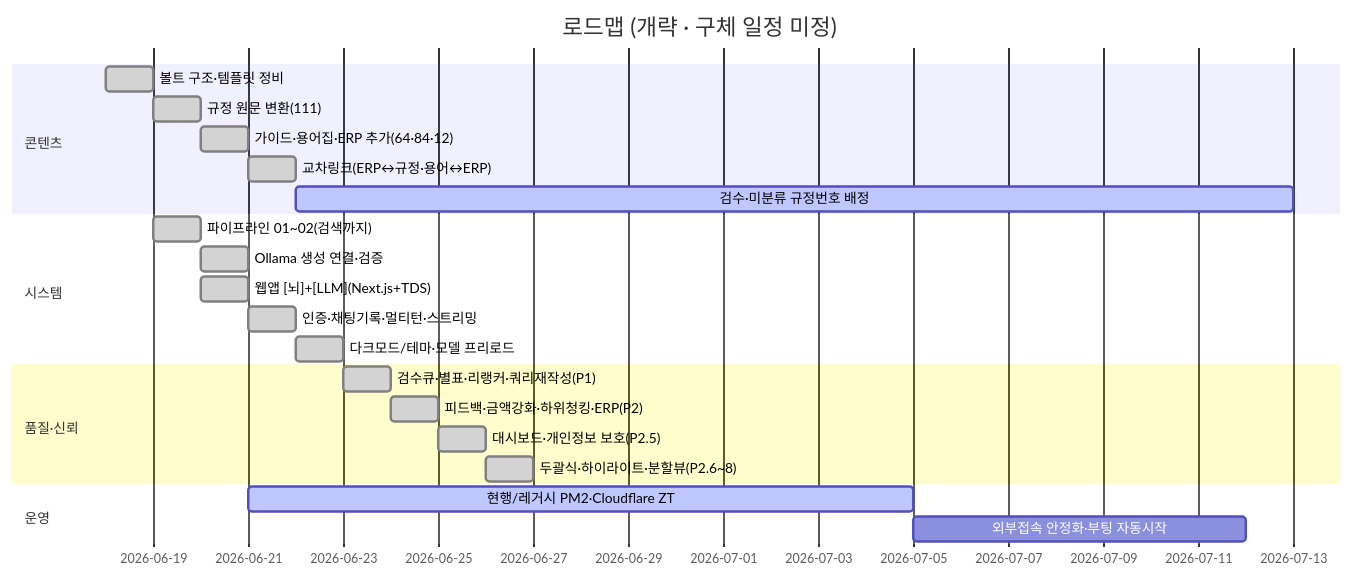
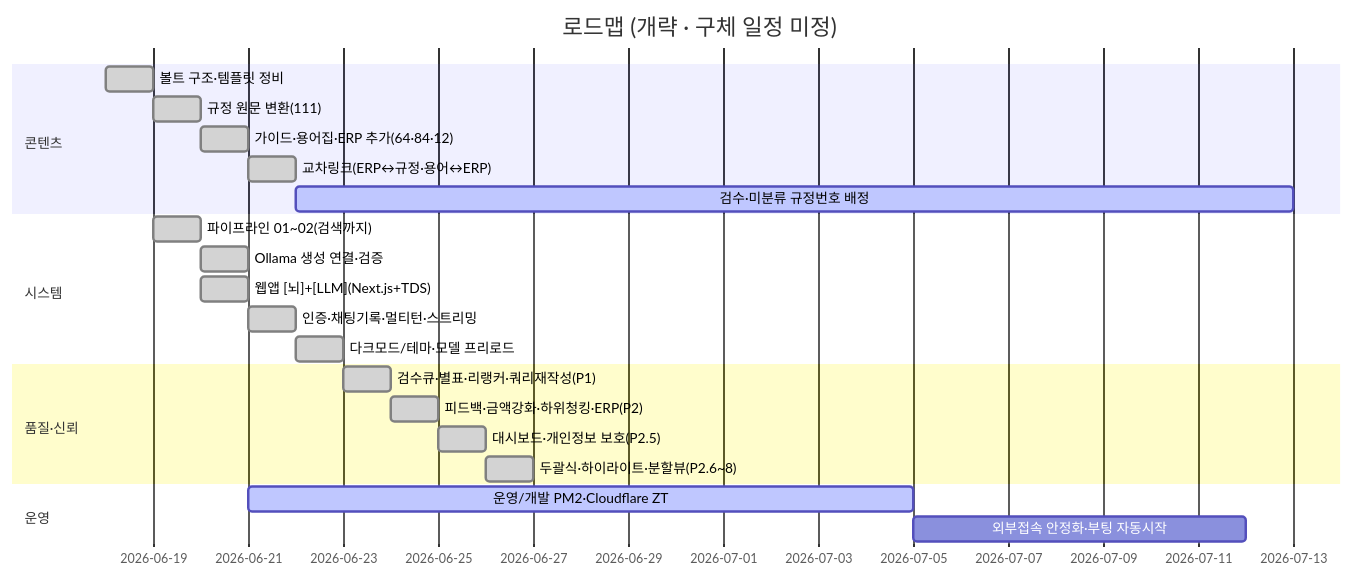
The third of 3 diagrams in README.md (mooner92/KEIAdminSuperv), drawn with Mermaid before and after one commit. The commit also changed other lines of this file and 17 other files, not shown here.

````diff
--- a/README.md
+++ b/README.md
@@ -417,25 +417,25 @@
 ```mermaid
 gantt
     title 로드맵 (개략 · 구체 일정 미정)
     dateFormat YYYY-MM-DD
     section 콘텐츠
     볼트 구조·템플릿 정비             :done, a1, 2026-06-18, 1d
     규정 원문 변환(111)               :done, a2, after a1, 1d
     가이드·용어집·ERP 추가(64·84·12)  :done, a3, after a2, 1d
     교차링크(ERP↔규정·용어↔ERP)       :done, a4, after a3, 1d
     검수·미분류 규정번호 배정         :active, a5, after a4, 21d
     section 시스템
     파이프라인 01~02(검색까지)        :done, b1, after a1, 1d
     Ollama 생성 연결·검증             :done, b2, after b1, 1d
     웹앱 [뇌]+[LLM](Next.js+TDS)      :done, b3, after b1, 1d
     인증·채팅기록·멀티턴·스트리밍     :done, b4, after b3, 1d
     다크모드/테마·모델 프리로드       :done, b5, after b4, 1d
     section 품질·신뢰
     검수큐·별표·리랭커·쿼리재작성(P1) :done, q1, after b5, 1d
     피드백·금액강화·하위청킹·ERP(P2)  :done, q2, after q1, 1d
     대시보드·개인정보 보호(P2.5)      :done, q3, after q2, 1d
     두괄식·하이라이트·분할뷰(P2.6~8)  :done, q4, after q3, 1d
     section 운영
-    현행/레거시 PM2·Cloudflare ZT     :active, c1, after b3, 14d
+    운영/개발 PM2·Cloudflare ZT     :active, c1, after b3, 14d
     외부접속 안정화·부팅 자동시작     :         c2, after c1, 7d
 ```
````
